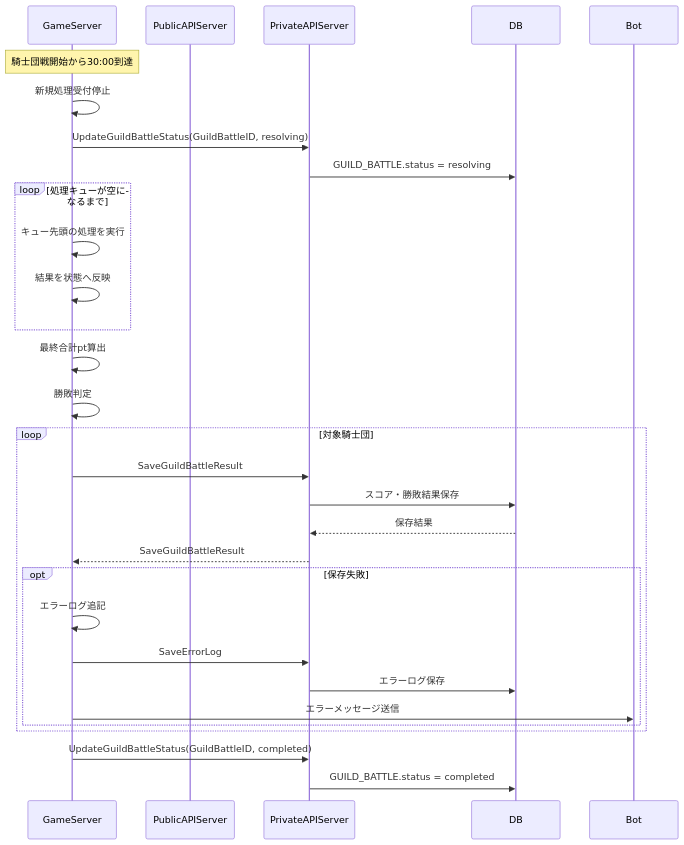
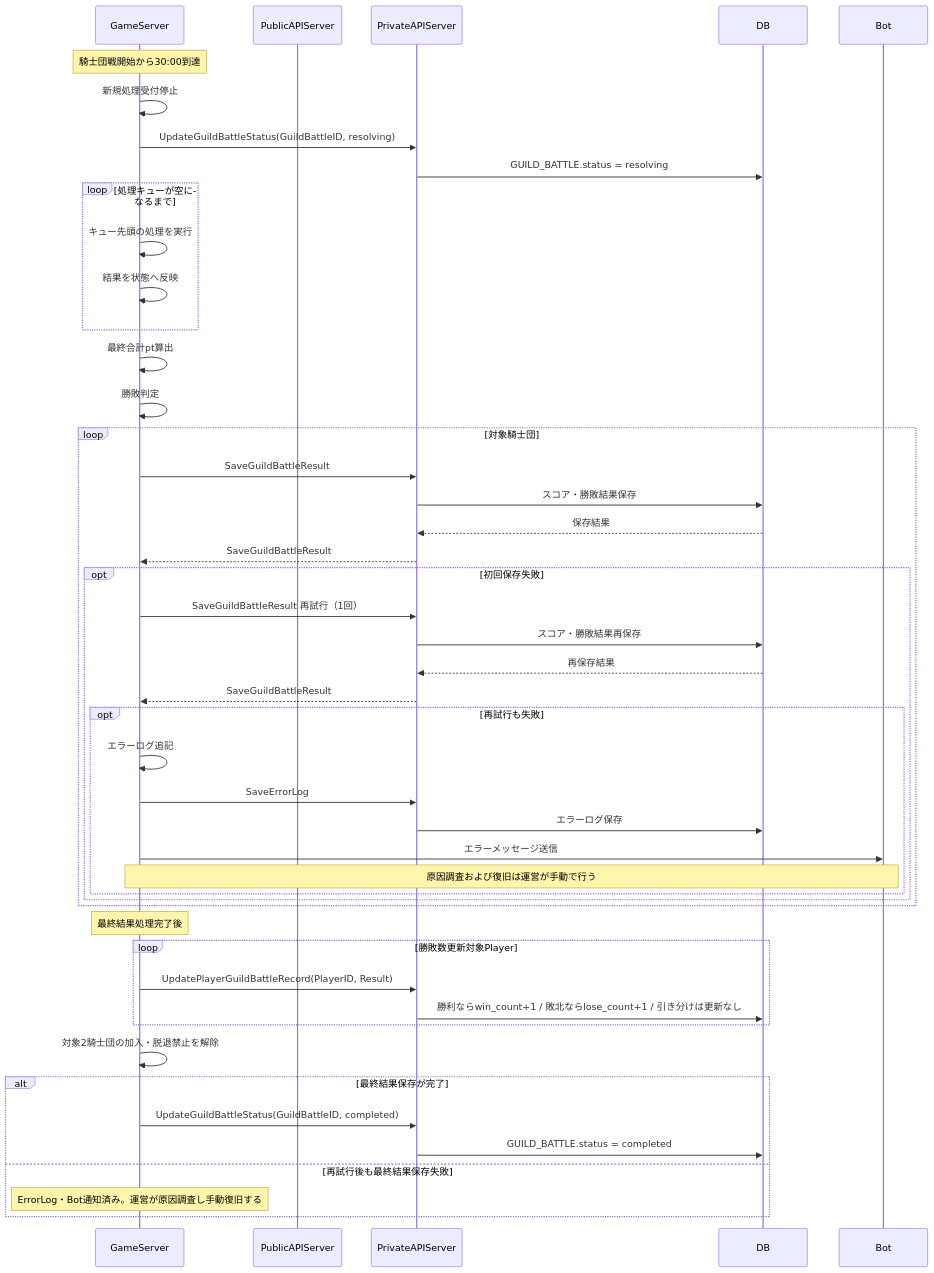
Before and after one commit to ReHydrangeaOdyssey/Specifications: diagram 16 of 16 in design/guild_battle.md, drawn with Mermaid. The commit also changed other lines of this file and 19 other files, not shown here.

````diff
--- a/design/guild_battle.md
+++ b/design/guild_battle.md
@@ -632,39 +596,58 @@
 ```mermaid
 sequenceDiagram
     participant GameServer
     participant PublicAPIServer
     participant PrivateAPIServer
     participant DB
     participant Bot
 
     Note over GameServer: 騎士団戦開始から30:00到達
 
     GameServer->>GameServer: 新規処理受付停止
     GameServer->>PrivateAPIServer: UpdateGuildBattleStatus(GuildBattleID, resolving)
     PrivateAPIServer->>DB: GUILD_BATTLE.status = resolving
 
     loop 処理キューが空になるまで
         GameServer->>GameServer: キュー先頭の処理を実行
         GameServer->>GameServer: 結果を状態へ反映
     end
 
     GameServer->>GameServer: 最終合計pt算出
     GameServer->>GameServer: 勝敗判定
 
     loop 対象騎士団
         GameServer->>PrivateAPIServer: SaveGuildBattleResult
         PrivateAPIServer->>DB: スコア・勝敗結果保存
         DB-->>PrivateAPIServer: 保存結果
         PrivateAPIServer-->>GameServer: SaveGuildBattleResult
 
-        opt 保存失敗
-            GameServer->>GameServer: エラーログ追記
-            GameServer->>PrivateAPIServer: SaveErrorLog
-            PrivateAPIServer->>DB: エラーログ保存
-            GameServer->>Bot: エラーメッセージ送信
+        opt 初回保存失敗
+            GameServer->>PrivateAPIServer: SaveGuildBattleResult 再試行（1回）
+            PrivateAPIServer->>DB: スコア・勝敗結果再保存
+            DB-->>PrivateAPIServer: 再保存結果
+            PrivateAPIServer-->>GameServer: SaveGuildBattleResult
+            opt 再試行も失敗
+                GameServer->>GameServer: エラーログ追記
+                GameServer->>PrivateAPIServer: SaveErrorLog
+                PrivateAPIServer->>DB: エラーログ保存
+                GameServer->>Bot: エラーメッセージ送信
+                Note over GameServer,Bot: 原因調査および復旧は運営が手動で行う
+            end
         end
     end
 
-    GameServer->>PrivateAPIServer: UpdateGuildBattleStatus(GuildBattleID, completed)
-    PrivateAPIServer->>DB: GUILD_BATTLE.status = completed
+    Note over GameServer: 最終結果処理完了後
+    loop 勝敗数更新対象Player
+        GameServer->>PrivateAPIServer: UpdatePlayerGuildBattleRecord(PlayerID, Result)
+        PrivateAPIServer->>DB: 勝利ならwin_count+1 / 敗北ならlose_count+1 / 引き分けは更新なし
+    end
+
+    GameServer->>GameServer: 対象2騎士団の加入・脱退禁止を解除
+
+    alt 最終結果保存が完了
+        GameServer->>PrivateAPIServer: UpdateGuildBattleStatus(GuildBattleID, completed)
+        PrivateAPIServer->>DB: GUILD_BATTLE.status = completed
+    else 再試行後も最終結果保存失敗
+        Note over GameServer: ErrorLog・Bot通知済み。運営が原因調査し手動復旧する
+    end
 ```
````
